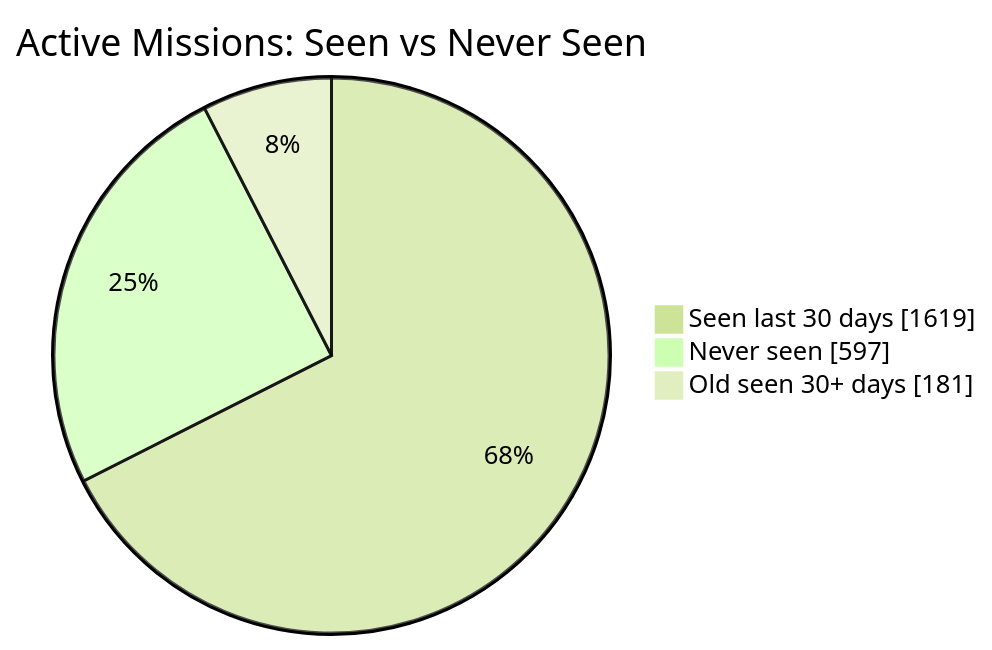
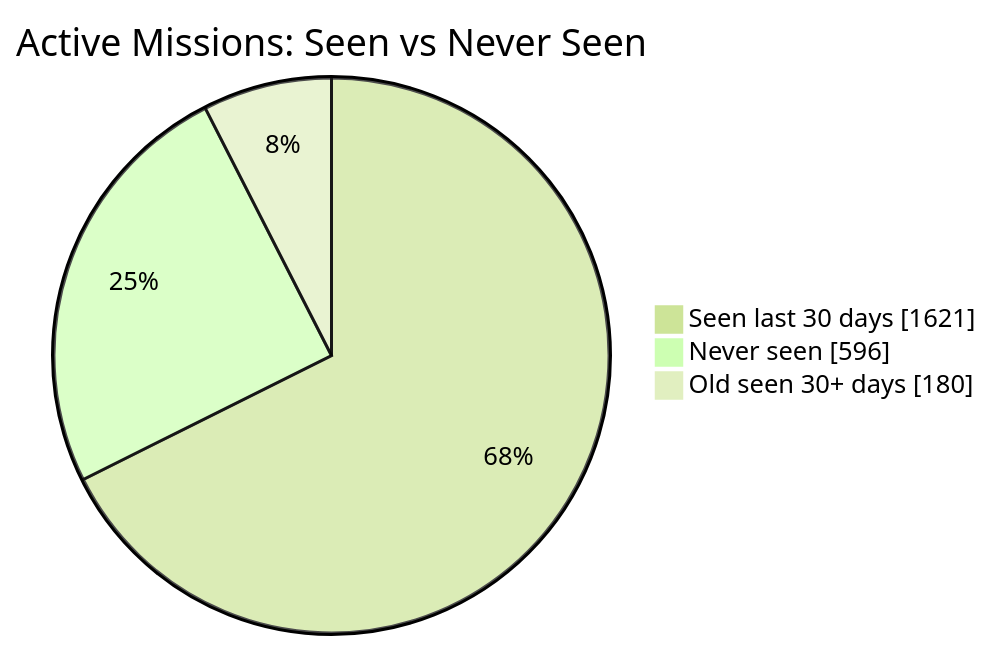
One commit to MeldkamerspelGameTeam/active-missions changed the first of 2 diagrams in README.md. Above: the diagram before and after it, drawn with Mermaid (forest theme). The commit also changed other lines of this file and 3 other files, not shown here.

````diff
--- a/README.md
+++ b/README.md
@@ -34,7 +34,7 @@
 ```mermaid
 pie showData
     title Active Missions: Seen vs Never Seen
-    "Seen last 30 days" : 1619
-    "Never seen" : 597
-    "Old seen 30+ days" : 181
+    "Seen last 30 days" : 1621
+    "Never seen" : 596
+    "Old seen 30+ days" : 180
 ```
````
